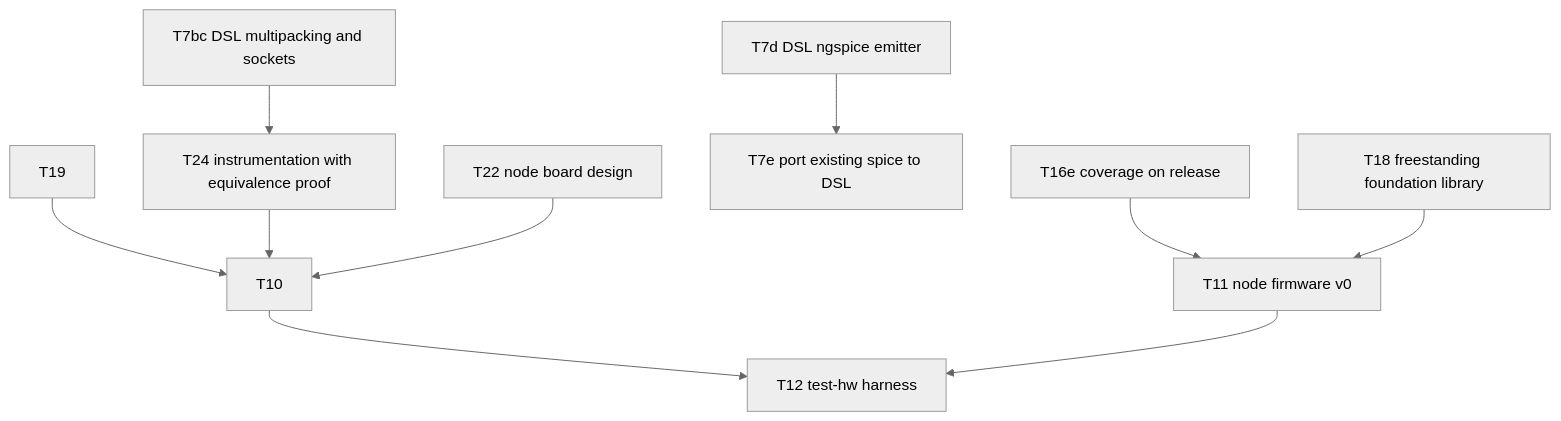
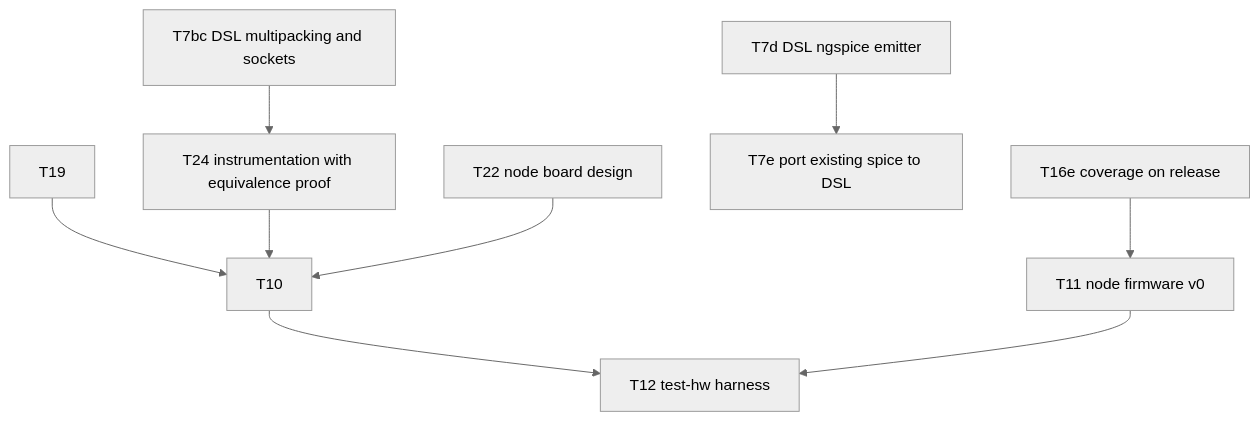
Before and after one commit to kristofferkoch/oparroy: the diagram in KANBAN.md, drawn with Mermaid (neutral theme). The commit also changed other lines of this file, not shown here.

````diff
--- a/KANBAN.md
+++ b/KANBAN.md
@@ -34,12 +34,11 @@
 ```mermaid
 graph TD
     T19 --> T10
     T7bc[T7bc DSL multipacking and sockets] --> T24[T24 instrumentation with equivalence proof]
     T24 --> T10
     T22[T22 node board design] --> T10
     T7d[T7d DSL ngspice emitter] --> T7e[T7e port existing spice to DSL]
     T10 --> T12[T12 test-hw harness]
     T11 --> T12
     T16e[T16e coverage on release] --> T11[T11 node firmware v0]
-    T18[T18 freestanding foundation library] --> T11
 ```
````
